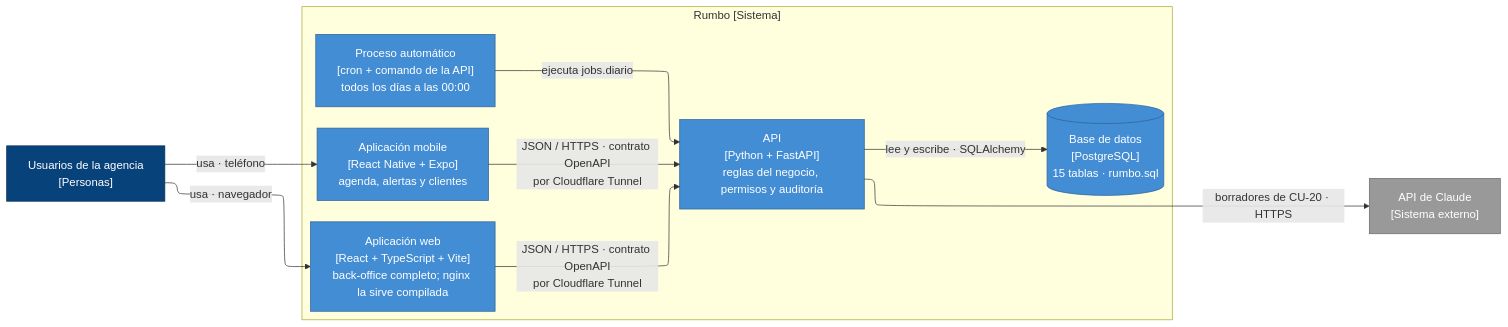
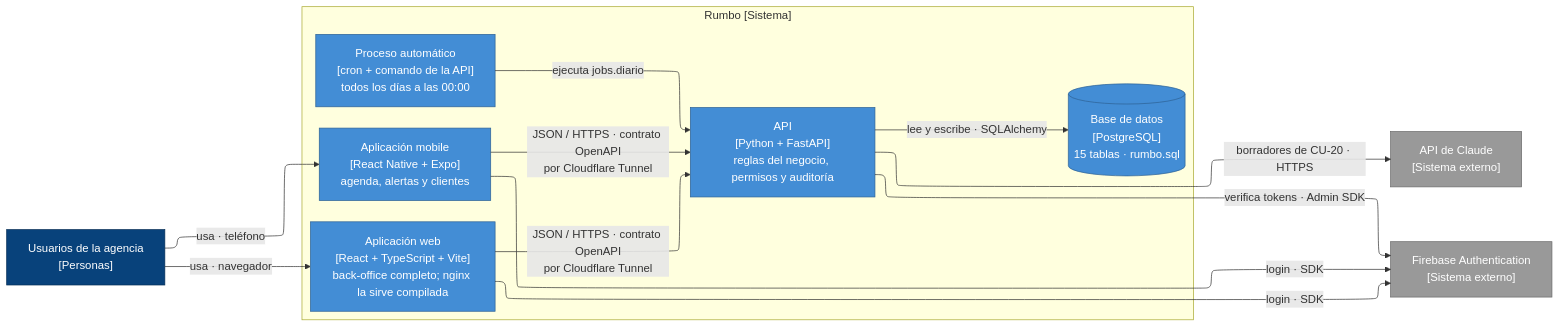
Before and after one commit to FranLuciano04/Vault-Rumbo: the sixth of 7 diagrams in 05-Diseño/Arquitectura/ARQ — Vista general.md, drawn with Mermaid. The commit also changed other lines of this file and 15 other files, not shown here.

````diff
--- a/05-Diseño/Arquitectura/ARQ — Vista general.md
+++ b/05-Diseño/Arquitectura/ARQ — Vista general.md
@@ -310,30 +317,34 @@
 ```mermaid
 %%{init: {"flowchart": {"defaultRenderer": "elk"}} }%%
 flowchart LR
     Agencia["Usuarios de la agencia<br/>[Personas]"]
 
     subgraph Rumbo["Rumbo [Sistema]"]
       Web["Aplicación web<br/>[React + TypeScript + Vite]<br/>back-office completo; nginx la sirve compilada"]
       Mobile["Aplicación mobile<br/>[React Native + Expo]<br/>agenda, alertas y clientes"]
       API["API<br/>[Python + FastAPI]<br/>reglas del negocio, permisos y auditoría"]
       Sched["Proceso automático<br/>[cron + comando de la API]<br/>todos los días a las 00:00"]
       DB[("Base de datos<br/>[PostgreSQL]<br/>15 tablas · rumbo.sql")]
     end
 
     Claude["API de Claude<br/>[Sistema externo]"]
+    Firebase["Firebase Authentication<br/>[Sistema externo]"]
 
     Agencia -->|"usa · navegador"| Web
     Agencia -->|"usa · teléfono"| Mobile
     Web -->|"JSON / HTTPS · contrato OpenAPI<br/>por Cloudflare Tunnel"| API
     Mobile -->|"JSON / HTTPS · contrato OpenAPI<br/>por Cloudflare Tunnel"| API
     Sched -->|"ejecuta jobs.diario"| API
     API -->|"lee y escribe · SQLAlchemy"| DB
     API -->|"borradores de CU-20 · HTTPS"| Claude
+    Web -->|"login · SDK"| Firebase
+    Mobile -->|"login · SDK"| Firebase
+    API -->|"verifica tokens · Admin SDK"| Firebase
 
     classDef persona fill:#08427b,stroke:#052e56,color:#ffffff
     classDef contenedor fill:#438dd5,stroke:#2e6295,color:#ffffff
     classDef externo fill:#999999,stroke:#6b6b6b,color:#ffffff
     class Agencia persona
     class Web,Mobile,API,Sched,DB contenedor
-    class Claude externo
+    class Claude,Firebase externo
 ```
````
